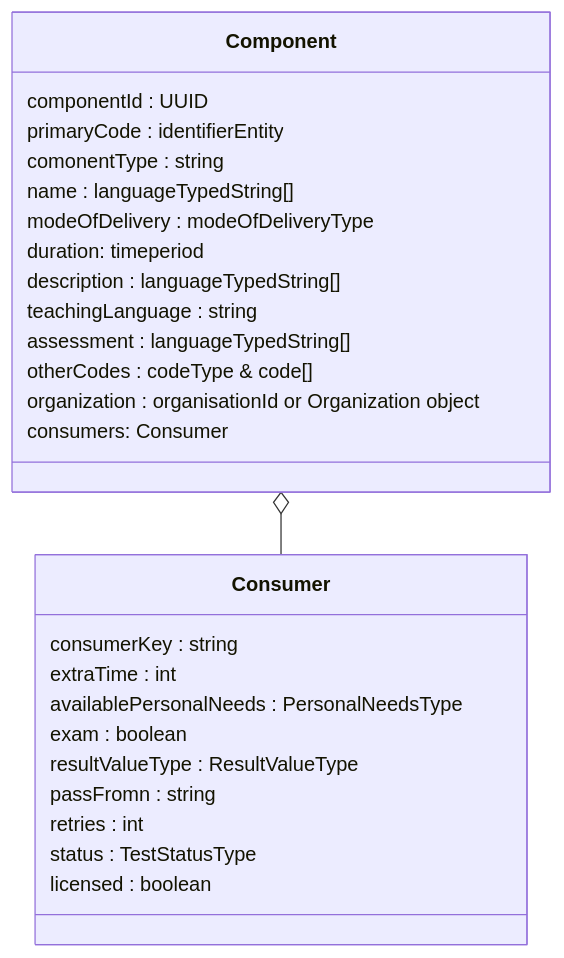
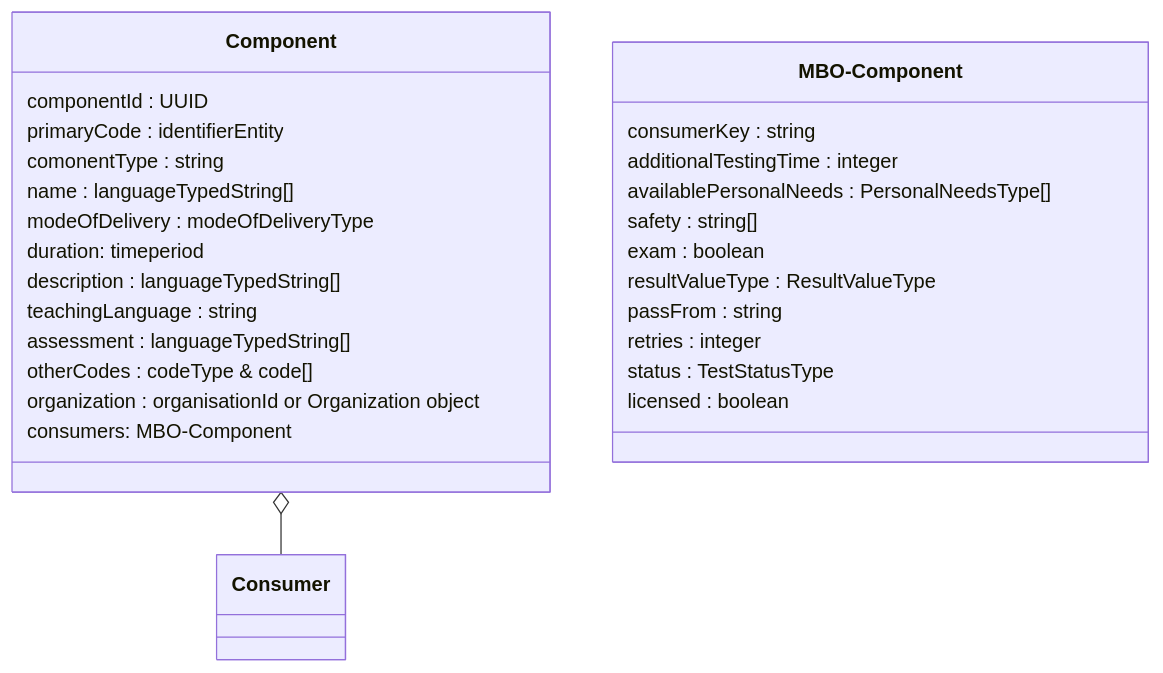
Before and after one commit to NetwerkExamineringDigitalisering/NED-OOAPI: the second of 3 diagrams in doc/flow0.md, drawn with Mermaid. The commit also changed other lines of this file, not shown here.

First line of the commit message:
Update flow0.md

````diff
--- a/doc/flow0.md
+++ b/doc/flow0.md
@@ -21,29 +21,30 @@
 ```mermaid
 classDiagram
     class Component {
     	componentId : UUID
 	primaryCode : identifierEntity
 	comonentType : string
 	name : languageTypedString[]
 	modeOfDelivery : modeOfDeliveryType
     duration: timeperiod
 	description : languageTypedString[]
 	teachingLanguage : string
 	assessment : languageTypedString[]
 	otherCodes : codeType & code[]
 	organization : organisationId or Organization object
-    consumers: Consumer
+    consumers: MBO-Component
     }
-    class Consumer {
+    class MBO-Component {
     	consumerKey : string
-	extraTime : int
-	availablePersonalNeeds : PersonalNeedsType
+	additionalTestingTime : integer
+	availablePersonalNeeds : PersonalNeedsType[]
+	safety : string[]
 	exam : boolean
 	resultValueType : ResultValueType
-	passFromn : string
-	retries : int
+	passFrom : string
+	retries : integer
 	status : TestStatusType
 	licensed : boolean
     }
     Component o-- Consumer
 ```
````
